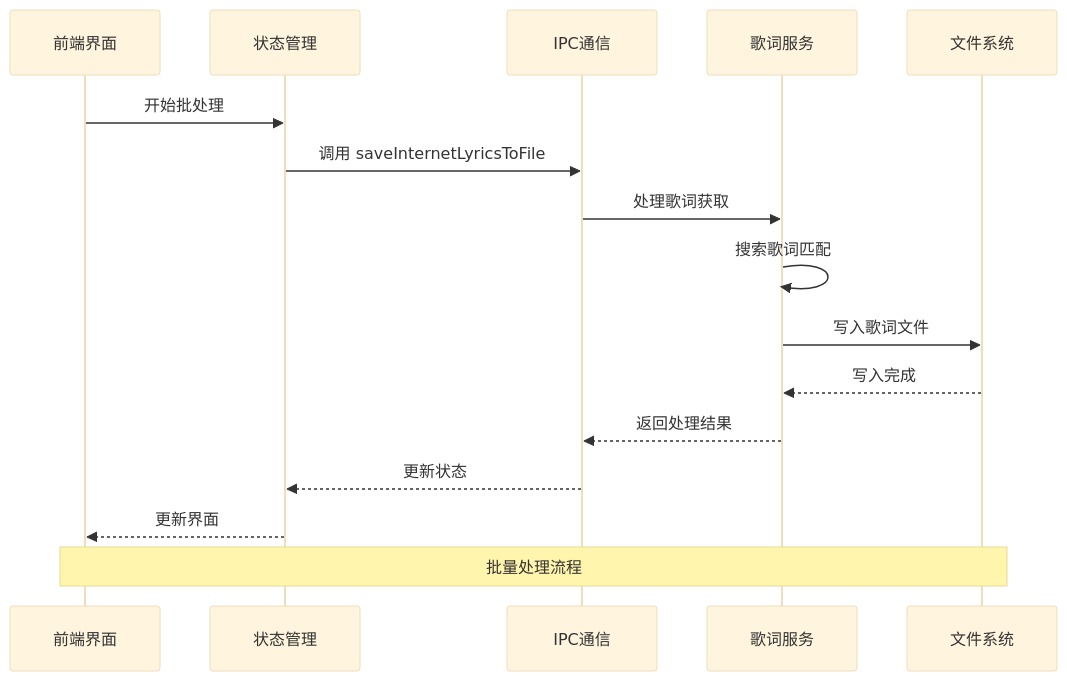
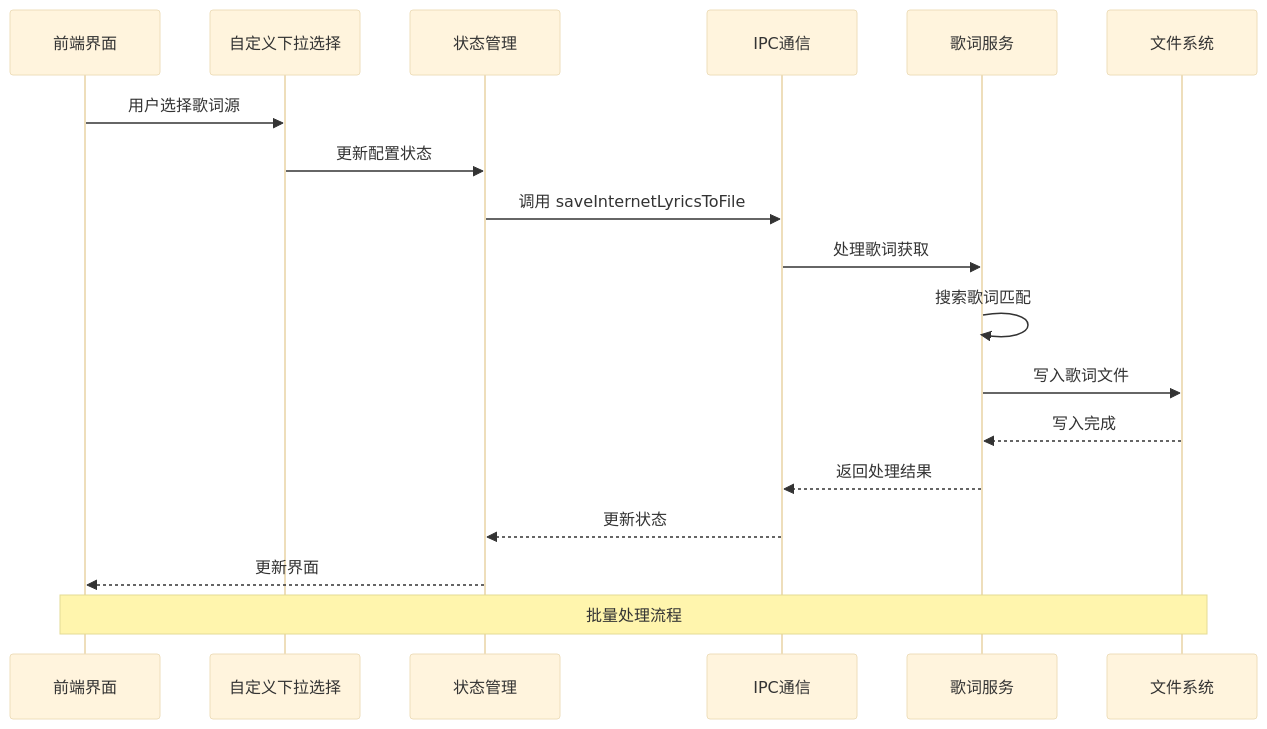
One commit to SeakyLuo/SMPlayerElectron changed the fifth of 11 diagrams in .qoder/repowiki/zh/content/核心模块/前端组件模块/批处理歌词控制组件.md. Above: the diagram before and after it, drawn with Mermaid (base theme). The commit also changed other lines of this file and 32 other files, not shown here.

````diff
--- a/.qoder/repowiki/zh/content/核心模块/前端组件模块/批处理歌词控制组件.md
+++ b/.qoder/repowiki/zh/content/核心模块/前端组件模块/批处理歌词控制组件.md
@@ -151,18 +221,20 @@
 ```mermaid
 sequenceDiagram
 participant UI as 前端界面
+participant CustomDropdown as 自定义下拉选择
 participant Store as 状态管理
 participant IPC as IPC通信
 participant Service as 歌词服务
 participant FS as 文件系统
-UI->>Store : 开始批处理
+UI->>CustomDropdown : 用户选择歌词源
+CustomDropdown->>Store : 更新配置状态
 Store->>IPC : 调用 saveInternetLyricsToFile
 IPC->>Service : 处理歌词获取
 Service->>Service : 搜索歌词匹配
 Service->>FS : 写入歌词文件
 FS-->>Service : 写入完成
 Service-->>IPC : 返回处理结果
 IPC-->>Store : 更新状态
 Store-->>UI : 更新界面
 Note over UI,FS : 批量处理流程
 ```
````
